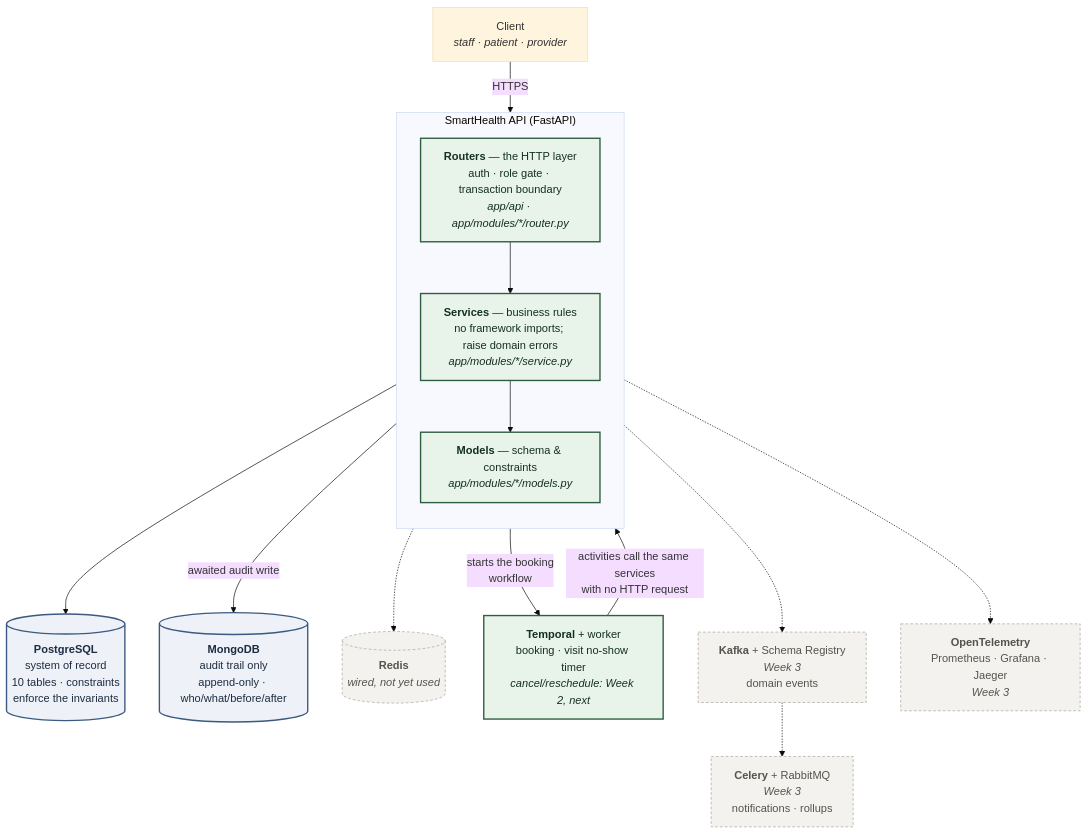
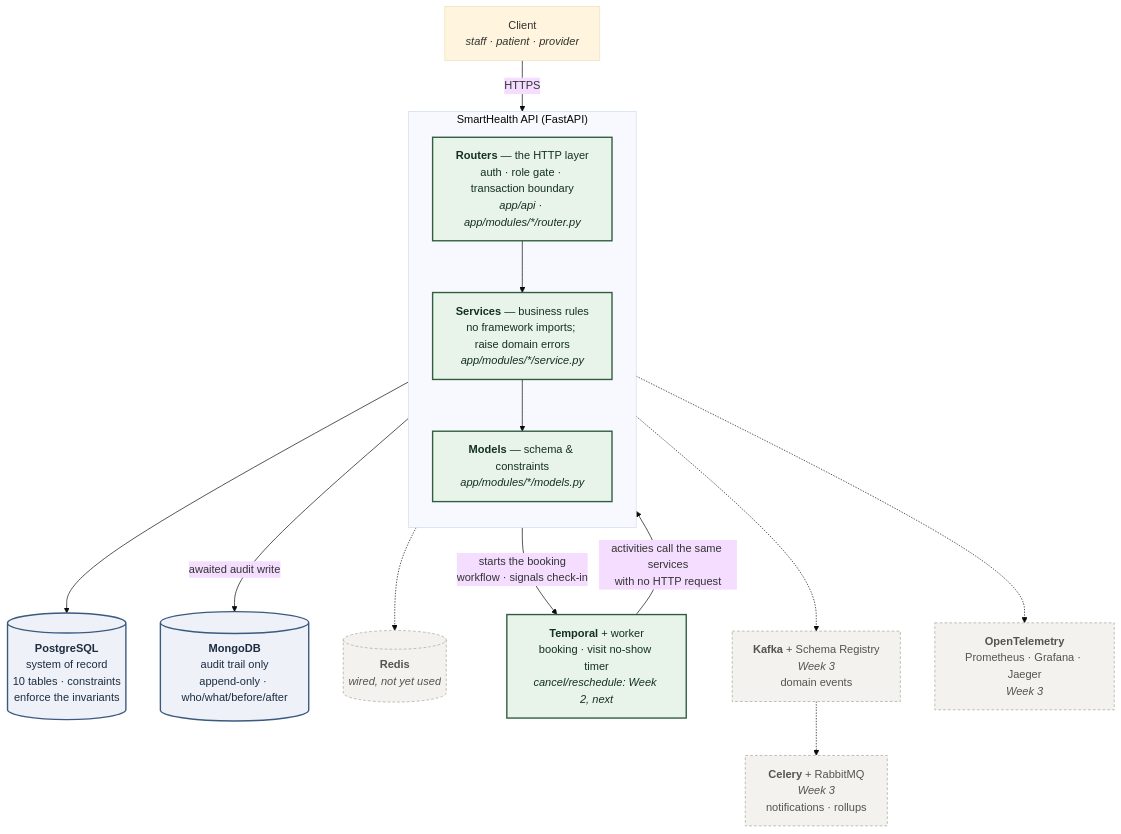
The first of 3 diagrams in README.md (sadainiqrar/smarthealth), drawn with Mermaid (base theme) before and after one commit. The commit also changed other lines of this file and 7 other files, not shown here.

````diff
--- a/README.md
+++ b/README.md
@@ -28,39 +28,39 @@
 ```mermaid
 flowchart TB
     client["Client<br/><i>staff · patient · provider</i>"]
 
     subgraph app["SmartHealth API (FastAPI)"]
         direction TB
         routers["<b>Routers</b> — the HTTP layer<br/>auth · role gate · transaction boundary<br/><i>app/api · app/modules/*/router.py</i>"]
         services["<b>Services</b> — business rules<br/>no framework imports; raise domain errors<br/><i>app/modules/*/service.py</i>"]
         models["<b>Models</b> — schema &amp; constraints<br/><i>app/modules/*/models.py</i>"]
         routers --> services --> models
     end
 
     pg[("<b>PostgreSQL</b><br/>system of record<br/>10 tables · constraints<br/>enforce the invariants")]
     mongo[("<b>MongoDB</b><br/>audit trail only<br/>append-only · who/what/before/after")]
     redis[("<b>Redis</b><br/><i>wired, not yet used</i>")]
 
     temporal["<b>Temporal</b> + worker<br/>booking · visit no-show timer<br/><i>cancel/reschedule: Week 2, next</i>"]
     kafka["<b>Kafka</b> + Schema Registry<br/><i>Week 3</i><br/>domain events"]
     celery["<b>Celery</b> + RabbitMQ<br/><i>Week 3</i><br/>notifications · rollups"]
     otel["<b>OpenTelemetry</b><br/>Prometheus · Grafana · Jaeger<br/><i>Week 3</i>"]
 
     client -->|HTTPS| routers
     models --> pg
     services -->|awaited audit write| mongo
     app -.-> redis
 
-    routers -->|"starts the booking<br/>workflow"| temporal
+    routers -->|"starts the booking<br/>workflow · signals check-in"| temporal
     temporal -->|"activities call the same services<br/>with no HTTP request"| services
     services -.-> kafka
     kafka -.-> celery
     app -.-> otel
 
     classDef done fill:#e8f4ea,stroke:#2f5d3f,stroke-width:2px,color:#14301f
     classDef todo fill:#f4f2ee,stroke:#a9a49a,stroke-width:1px,stroke-dasharray:4 3,color:#55534e
     classDef store fill:#eef2f8,stroke:#3c5a80,stroke-width:2px,color:#1d2c40
     class routers,services,models,temporal done
     class pg,mongo store
     class redis,kafka,celery,otel todo
 ```
````
